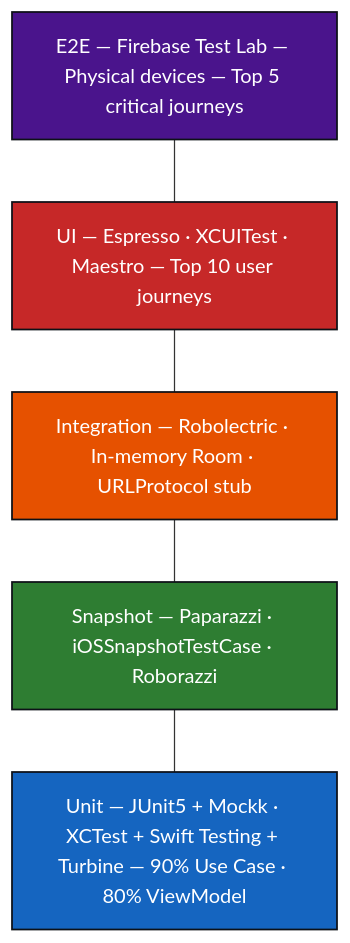
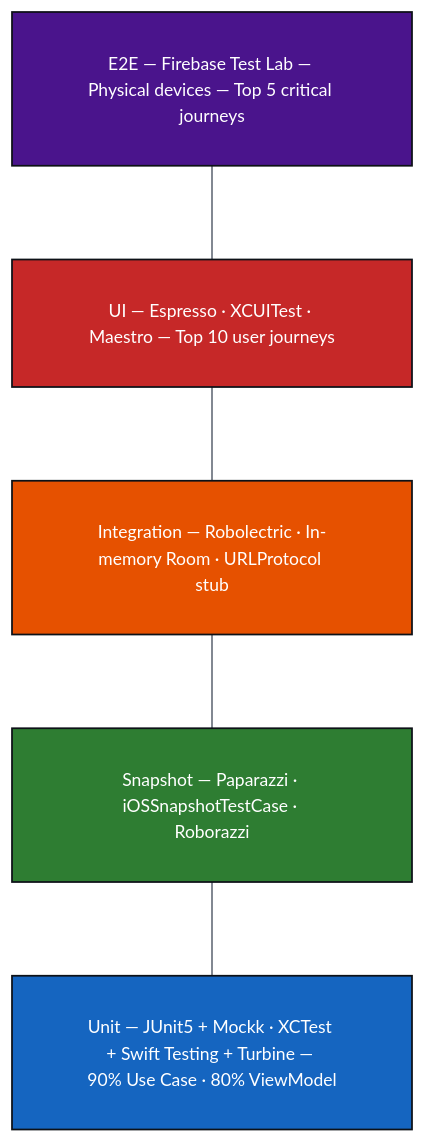
The diagram in content/technology/mobile/quality/diagram.mmd (jeril-ascendion/knowledge-library), drawn with Mermaid before and after one commit. The commit also changed 46 other files, not shown here.

```diff
--- a/content/technology/mobile/quality/diagram.mmd
+++ b/content/technology/mobile/quality/diagram.mmd
@@ -1,23 +1,24 @@
+%%{init:{'theme':'base','themeVariables':{'fontSize':'14px','fontFamily':'IBM Plex Sans, system-ui','primaryColor':'#DBEAFE','primaryTextColor':'#1e3a5f','primaryBorderColor':'#2563EB','lineColor':'#374151','clusterBkg':'#F9FAFB','clusterBorder':'#D1D5DB','edgeLabelBackground':'#FFFFFF'},'flowchart':{'curve':'orthogonal','padding':30,'nodeSpacing':65,'rankSpacing':75,'useMaxWidth':true}}}%%
 flowchart TD
   E2E["E2E — Firebase Test Lab — Physical devices — Top 5 critical journeys"]
   UI["UI — Espresso · XCUITest · Maestro — Top 10 user journeys"]
   INTG["Integration — Robolectric · In-memory Room · URLProtocol stub"]
   SNAP["Snapshot — Paparazzi · iOSSnapshotTestCase · Roborazzi"]
   UNIT["Unit — JUnit5 + Mockk · XCTest + Swift Testing + Turbine — 90% Use Case · 80% ViewModel"]
 
   E2E --- UI
   UI --- INTG
   INTG --- SNAP
   SNAP --- UNIT
 
   classDef e2e fill:#4A148C,stroke:#0D1117,color:#FFFFFF,stroke-width:1.4px
   classDef ui fill:#C62828,stroke:#0D1117,color:#FFFFFF,stroke-width:1.4px
   classDef intg fill:#E65100,stroke:#0D1117,color:#FFFFFF,stroke-width:1.4px
   classDef snap fill:#2E7D32,stroke:#0D1117,color:#FFFFFF,stroke-width:1.4px
   classDef unit fill:#1565C0,stroke:#0D1117,color:#FFFFFF,stroke-width:1.4px
 
   class E2E e2e
   class UI ui
   class INTG intg
   class SNAP snap
   class UNIT unit
```
